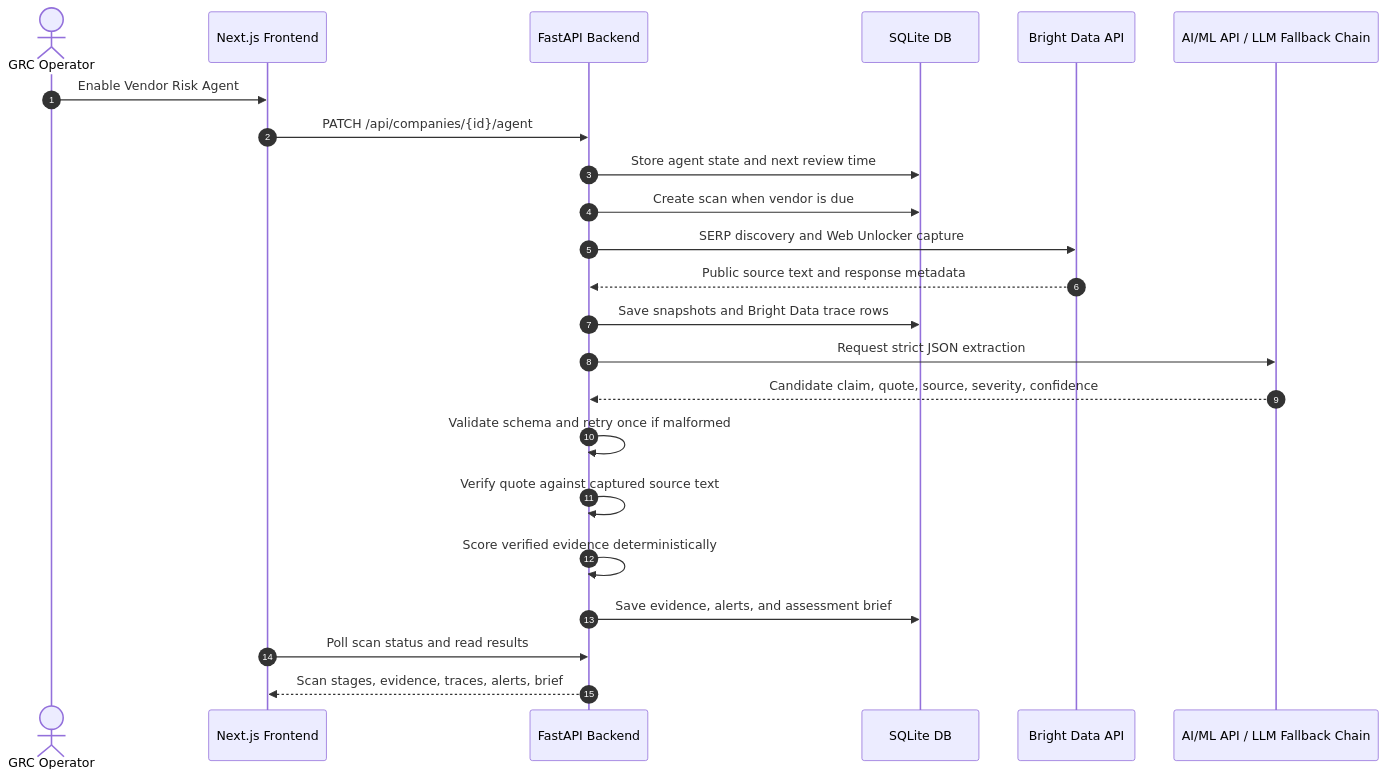
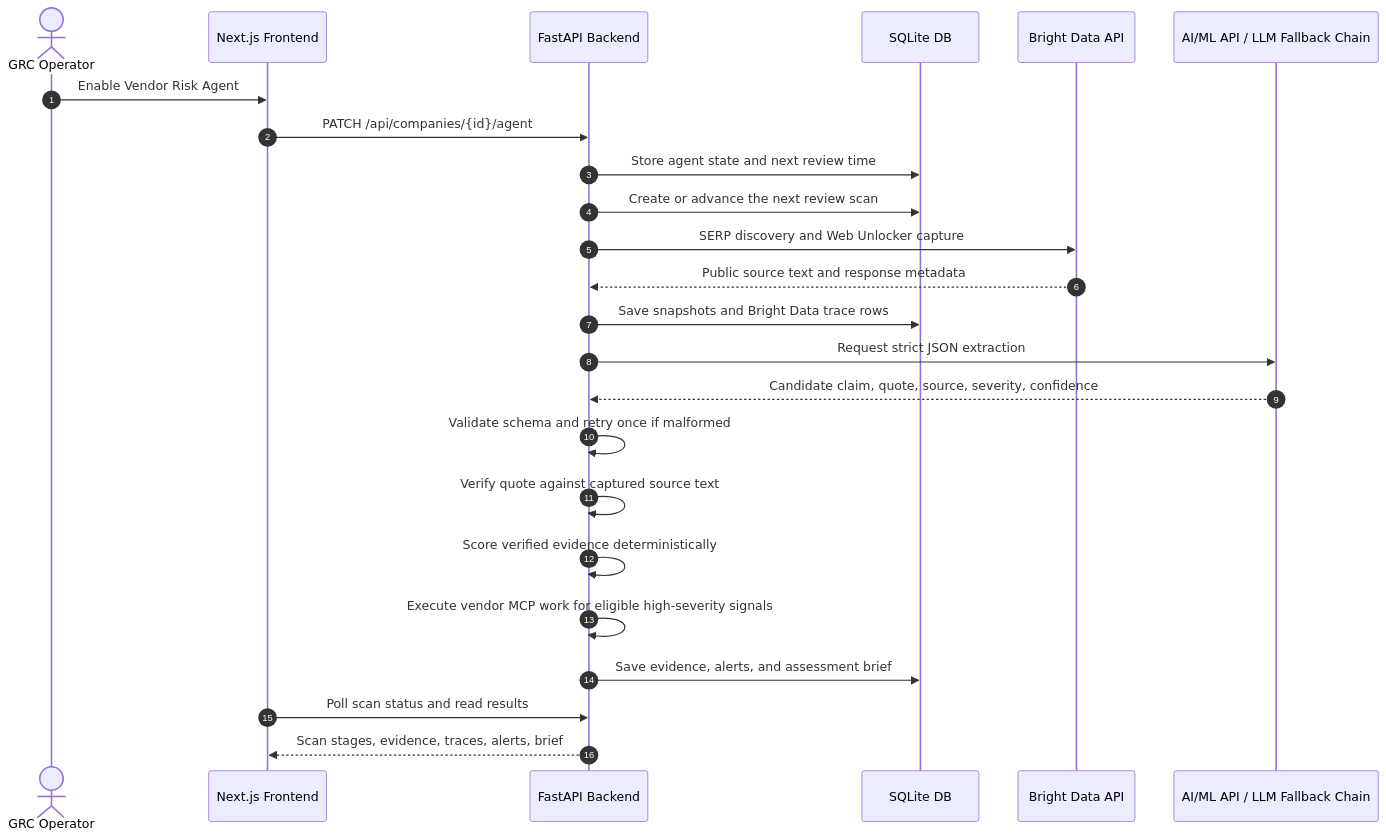
The diagram in README.md (NickOstz/pulse-vendor-risk-agent), drawn with Mermaid before and after one commit. The commit also changed other lines of this file, not shown here.

````diff
--- a/README.md
+++ b/README.md
@@ -114,30 +120,31 @@
 ```mermaid
 sequenceDiagram
     autonumber
     actor GRC as GRC Operator
     participant FE as Next.js Frontend
     participant BE as FastAPI Backend
     participant DB as SQLite DB
     participant BD as Bright Data API
     participant LLM as AI/ML API / LLM Fallback Chain
 
     GRC->>FE: Enable Vendor Risk Agent
     FE->>BE: PATCH /api/companies/{id}/agent
     BE->>DB: Store agent state and next review time
-    BE->>DB: Create scan when vendor is due
+    BE->>DB: Create or advance the next review scan
 
     BE->>BD: SERP discovery and Web Unlocker capture
     BD-->>BE: Public source text and response metadata
     BE->>DB: Save snapshots and Bright Data trace rows
 
     BE->>LLM: Request strict JSON extraction
     LLM-->>BE: Candidate claim, quote, source, severity, confidence
     BE->>BE: Validate schema and retry once if malformed
 
     BE->>BE: Verify quote against captured source text
     BE->>BE: Score verified evidence deterministically
+    BE->>BE: Execute vendor MCP work for eligible high-severity signals
     BE->>DB: Save evidence, alerts, and assessment brief
 
     FE->>BE: Poll scan status and read results
     BE-->>FE: Scan stages, evidence, traces, alerts, brief
 ```
````
